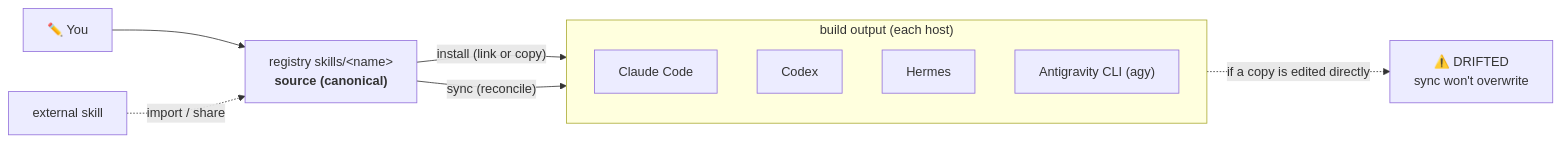
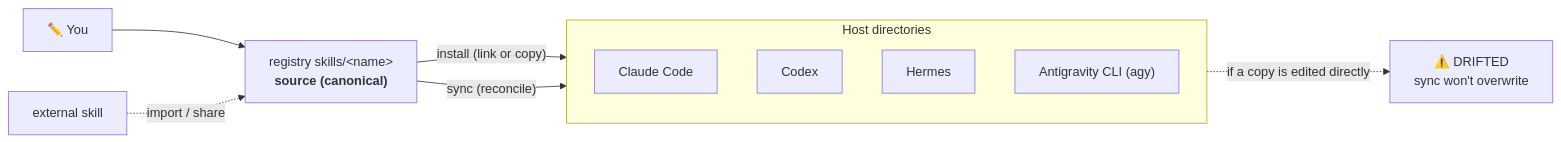
The diagram in README.md (Seosiju/my-skills), drawn with Mermaid before and after one commit. The commit also changed other lines of this file and 6 other files, not shown here.

````diff
--- a/README.md
+++ b/README.md
@@ -80,16 +80,16 @@
 ```mermaid
 flowchart LR
     edit["✏️ You"] --> src["registry skills/&lt;name&gt;<br/><b>source (canonical)</b>"]
     ext["external skill"] -.->|import / share| src
-    src -->|"install (link or copy)"| out
-    src -->|"sync (reconcile)"| out
+    src -->|"install (link or copy)"| hosts
+    src -->|"sync (reconcile)"| hosts
 
-    subgraph out["build output (each host)"]
+    subgraph hosts["Host directories"]
         c["Claude Code"]
         x["Codex"]
         h["Hermes"]
         a["Antigravity CLI (agy)"]
     end
 
-    out -. "if a copy is edited directly" .-> drift["⚠️ DRIFTED<br/>sync won't overwrite"]
+    hosts -. "if a copy is edited directly" .-> drift["⚠️ DRIFTED<br/>sync won't overwrite"]
 ```
````
